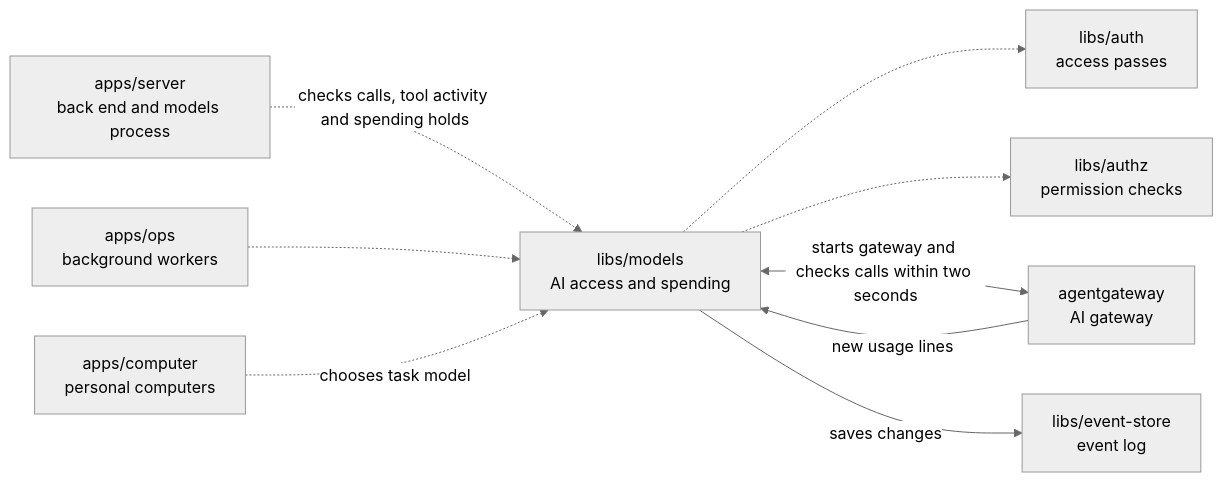
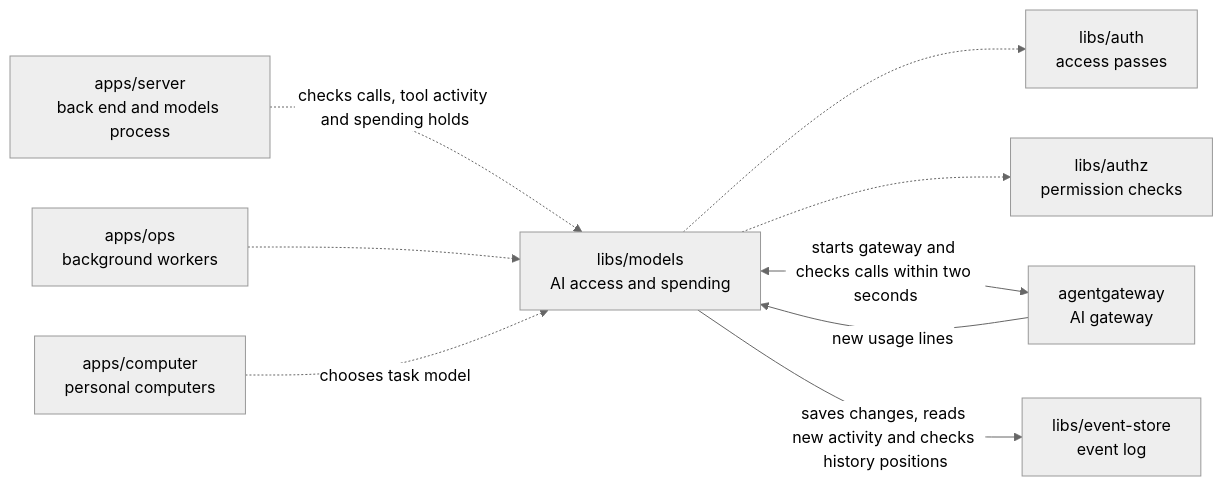
The diagram in libs/models/README.md (elewa-git/opencrane-new), drawn with Mermaid (neutral theme) before and after one commit. The commit also changed other lines of this file and 29 other files, not shown here.

````diff
--- a/libs/models/README.md
+++ b/libs/models/README.md
@@ -11,11 +11,11 @@
 ```mermaid
 flowchart LR
   server["apps/server<br/>back end and models process"] -.->|checks calls, tool activity and spending holds| models["libs/models<br/>AI access and spending"]
   ops["apps/ops<br/>background workers"] -.-> models
   computer["apps/computer<br/>personal computers"] -.->|chooses task model| models
   models -.-> auth["libs/auth<br/>access passes"]
   models -.-> authz["libs/authz<br/>permission checks"]
   models <-->|starts gateway and checks calls within two seconds| gateway["agentgateway<br/>AI gateway"]
   gateway -->|new usage lines| models
-  models -->|saves changes| store["libs/event-store<br/>event log"]
+  models -->|saves changes, reads new activity and checks history positions| store["libs/event-store<br/>event log"]
 ```
````
